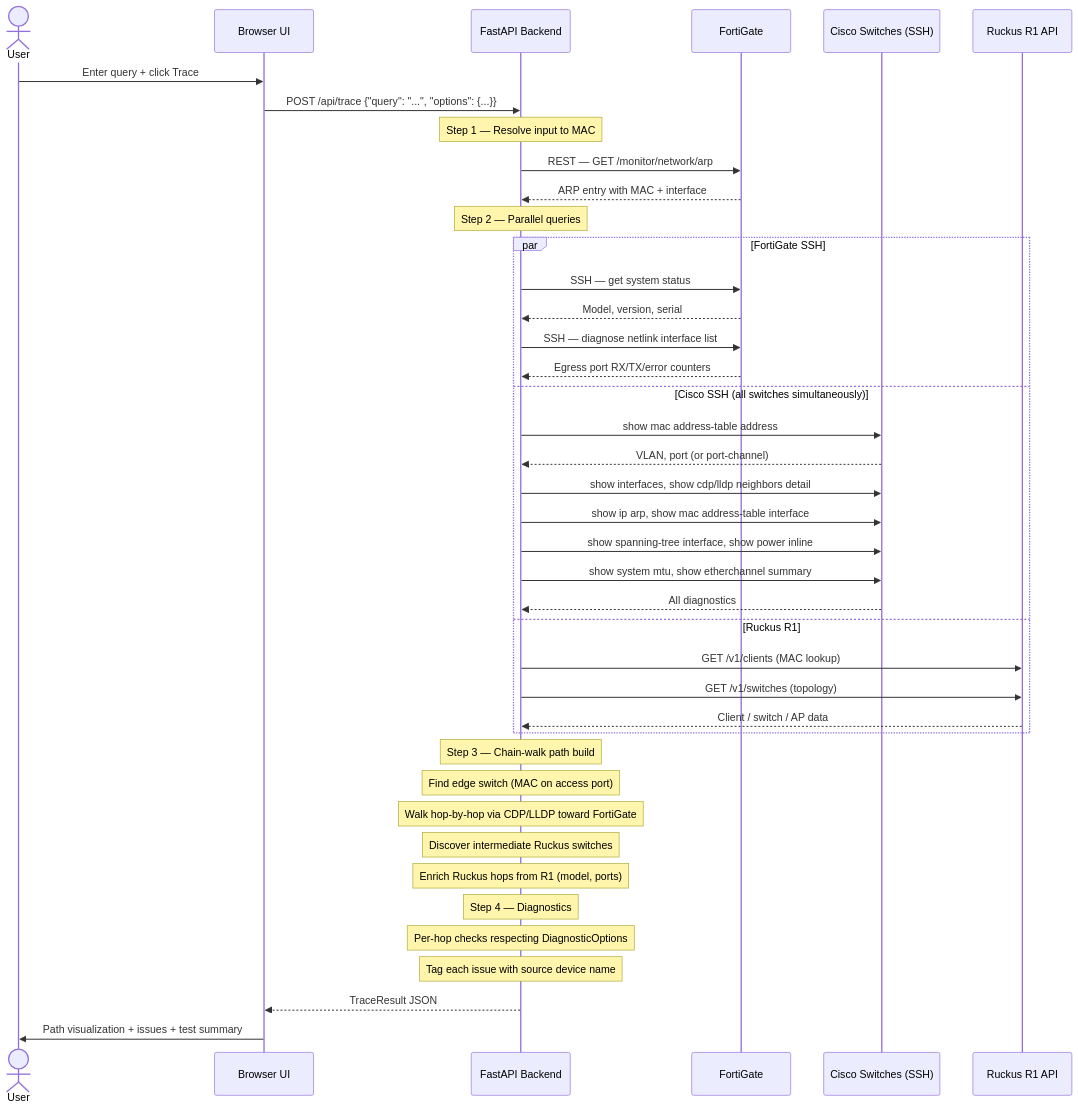
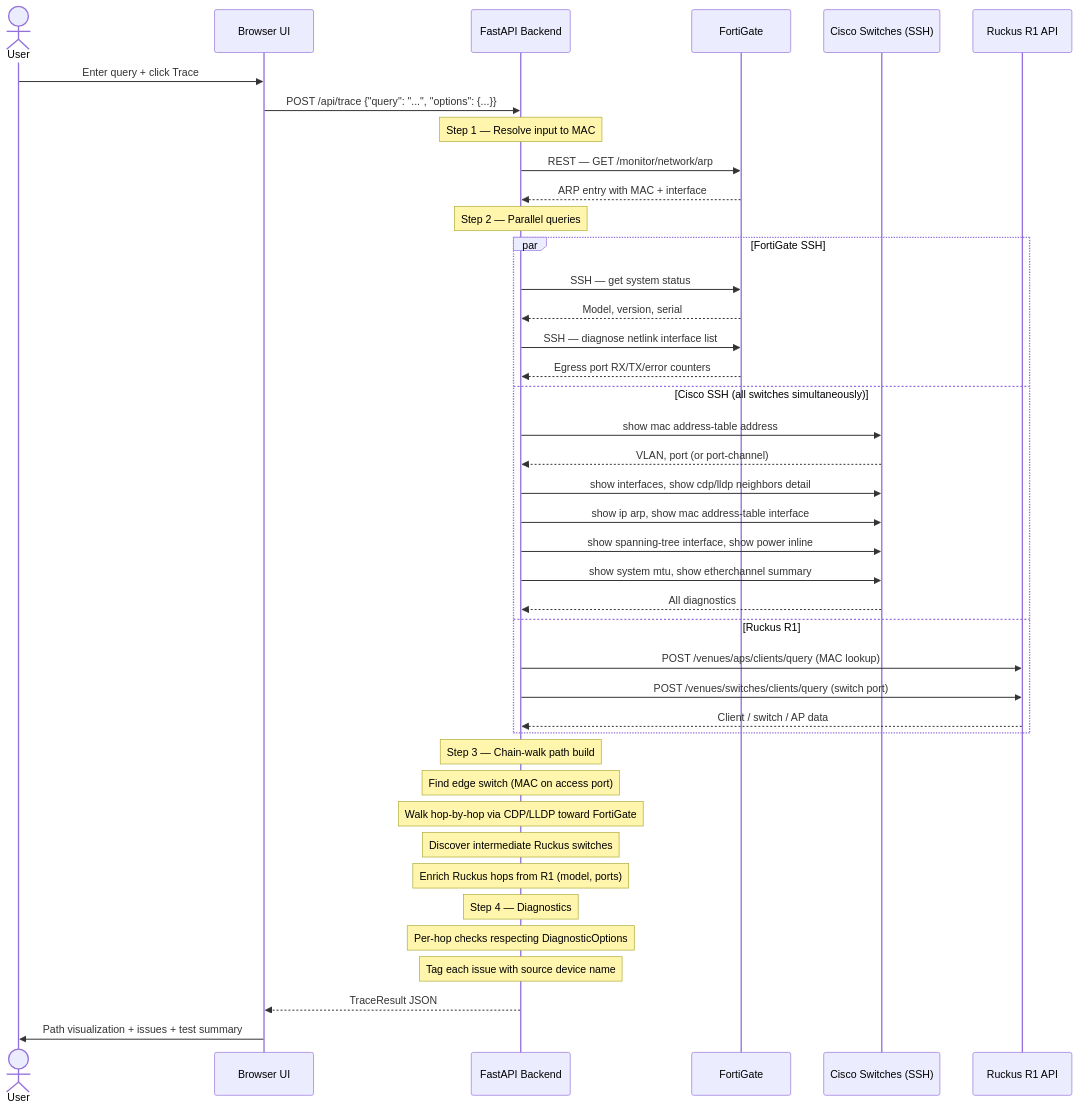
The third of 3 diagrams in README.md (ivillagomez/netinspect), drawn with Mermaid before and after one commit. The commit also changed other lines of this file, not shown here.

````diff
--- a/README.md
+++ b/README.md
@@ -127,49 +127,49 @@
 ```mermaid
 sequenceDiagram
     actor User
     participant UI as Browser UI
     participant API as FastAPI Backend
     participant FG as FortiGate
     participant SW as Cisco Switches (SSH)
     participant R1 as Ruckus R1 API
 
     User->>UI: Enter query + click Trace
     UI->>API: POST /api/trace {"query": "...", "options": {...}}
 
     note over API: Step 1 — Resolve input to MAC
     API->>FG: REST — GET /monitor/network/arp
     FG-->>API: ARP entry with MAC + interface
 
     note over API: Step 2 — Parallel queries
     par FortiGate SSH
         API->>FG: SSH — get system status
         FG-->>API: Model, version, serial
         API->>FG: SSH — diagnose netlink interface list
         FG-->>API: Egress port RX/TX/error counters
     and Cisco SSH (all switches simultaneously)
         API->>SW: show mac address-table address
         SW-->>API: VLAN, port (or port-channel)
         API->>SW: show interfaces, show cdp/lldp neighbors detail
         API->>SW: show ip arp, show mac address-table interface
         API->>SW: show spanning-tree interface, show power inline
         API->>SW: show system mtu, show etherchannel summary
         SW-->>API: All diagnostics
     and Ruckus R1
-        API->>R1: GET /v1/clients (MAC lookup)
-        API->>R1: GET /v1/switches (topology)
+        API->>R1: POST /venues/aps/clients/query (MAC lookup)
+        API->>R1: POST /venues/switches/clients/query (switch port)
         R1-->>API: Client / switch / AP data
     end
 
     note over API: Step 3 — Chain-walk path build
     note over API: Find edge switch (MAC on access port)
     note over API: Walk hop-by-hop via CDP/LLDP toward FortiGate
     note over API: Discover intermediate Ruckus switches
     note over API: Enrich Ruckus hops from R1 (model, ports)
 
     note over API: Step 4 — Diagnostics
     note over API: Per-hop checks respecting DiagnosticOptions
     note over API: Tag each issue with source device name
 
     API-->>UI: TraceResult JSON
     UI->>User: Path visualization + issues + test summary
 ```
````
